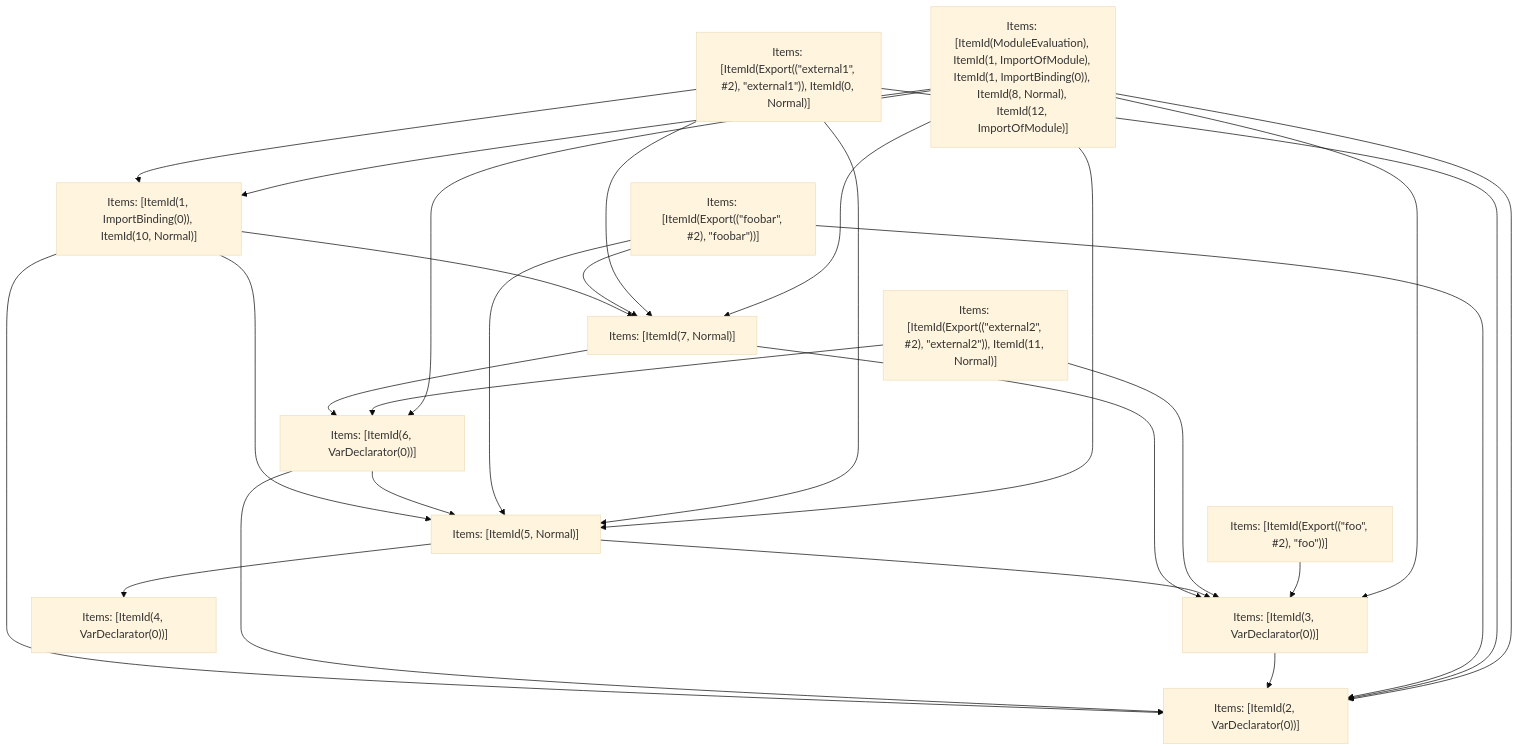
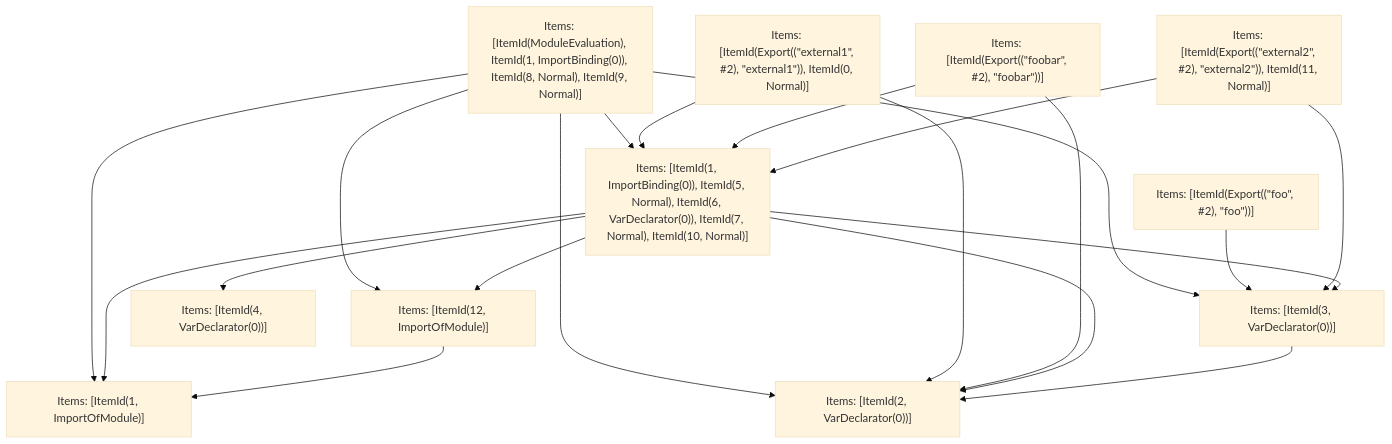
The fifth of 5 diagrams in crates/turbopack-ecmascript/tests/tree-shaker/analyzer/2/output.md (vercel/turborepo), drawn with Mermaid (base theme) before and after one commit. The commit also changed other lines of this file and 3 other files, not shown here.

````diff
--- a/crates/turbopack-ecmascript/tests/tree-shaker/analyzer/2/output.md
+++ b/crates/turbopack-ecmascript/tests/tree-shaker/analyzer/2/output.md
@@ -354,41 +415,33 @@
 ```mermaid
 graph TD
-    N0["Items: [ItemId(ModuleEvaluation), ItemId(1, ImportOfModule), ItemId(1, ImportBinding(0)), ItemId(8, Normal), ItemId(12, ImportOfModule)]"];
+    N0["Items: [ItemId(ModuleEvaluation), ItemId(1, ImportBinding(0)), ItemId(8, Normal), ItemId(9, Normal)]"];
     N1["Items: [ItemId(Export((&quot;external1&quot;, #2), &quot;external1&quot;)), ItemId(0, Normal)]"];
     N2["Items: [ItemId(Export((&quot;foobar&quot;, #2), &quot;foobar&quot;))]"];
     N3["Items: [ItemId(Export((&quot;foo&quot;, #2), &quot;foo&quot;))]"];
     N4["Items: [ItemId(Export((&quot;external2&quot;, #2), &quot;external2&quot;)), ItemId(11, Normal)]"];
-    N5["Items: [ItemId(2, VarDeclarator(0))]"];
-    N6["Items: [ItemId(3, VarDeclarator(0))]"];
-    N7["Items: [ItemId(4, VarDeclarator(0))]"];
-    N8["Items: [ItemId(5, Normal)]"];
-    N9["Items: [ItemId(6, VarDeclarator(0))]"];
-    N10["Items: [ItemId(7, Normal)]"];
-    N11["Items: [ItemId(1, ImportBinding(0)), ItemId(10, Normal)]"];
-    N0 --> N9;
-    N0 --> N11;
+    N5["Items: [ItemId(1, ImportBinding(0)), ItemId(5, Normal), ItemId(6, VarDeclarator(0)), ItemId(7, Normal), ItemId(10, Normal)]"];
+    N6["Items: [ItemId(1, ImportOfModule)]"];
+    N7["Items: [ItemId(12, ImportOfModule)]"];
+    N8["Items: [ItemId(2, VarDeclarator(0))]"];
+    N9["Items: [ItemId(3, VarDeclarator(0))]"];
+    N10["Items: [ItemId(4, VarDeclarator(0))]"];
+    N0 --> N6;
+    N0 --> N7;
     N0 --> N5;
     N0 --> N8;
-    N0 --> N10;
-    N0 --> N6;
-    N1 --> N11;
+    N0 --> N9;
     N1 --> N5;
     N1 --> N8;
-    N1 --> N10;
+    N2 --> N8;
     N2 --> N5;
-    N2 --> N8;
-    N2 --> N10;
-    N3 --> N6;
-    N4 --> N6;
+    N3 --> N9;
     N4 --> N9;
-    N6 --> N5;
-    N8 --> N7;
-    N8 --> N6;
-    N9 --> N5;
+    N4 --> N5;
+    N5 --> N10;
+    N5 --> N9;
+    N5 --> N6;
+    N5 --> N7;
+    N5 --> N8;
+    N7 --> N6;
     N9 --> N8;
-    N10 --> N6;
-    N10 --> N9;
-    N11 --> N5;
-    N11 --> N8;
-    N11 --> N10;
 ```
````
